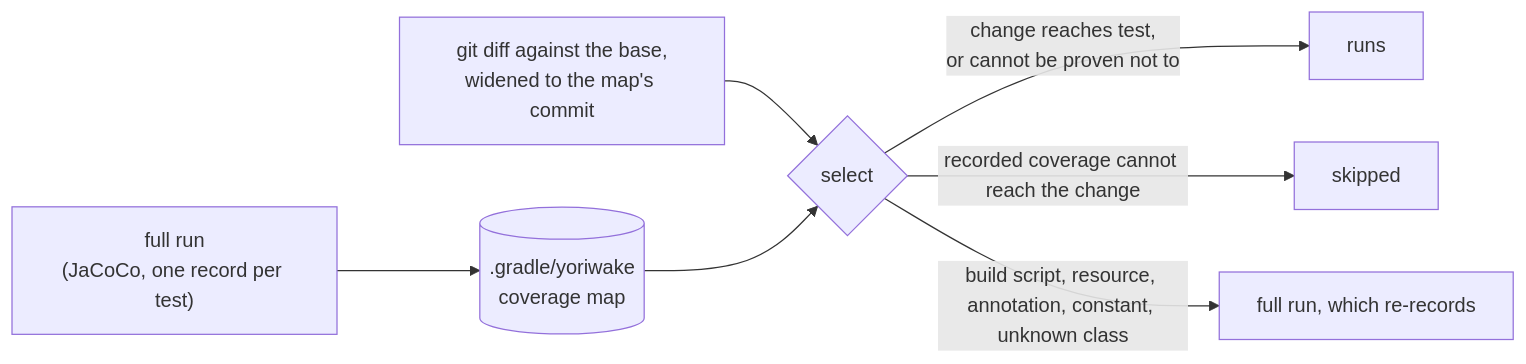
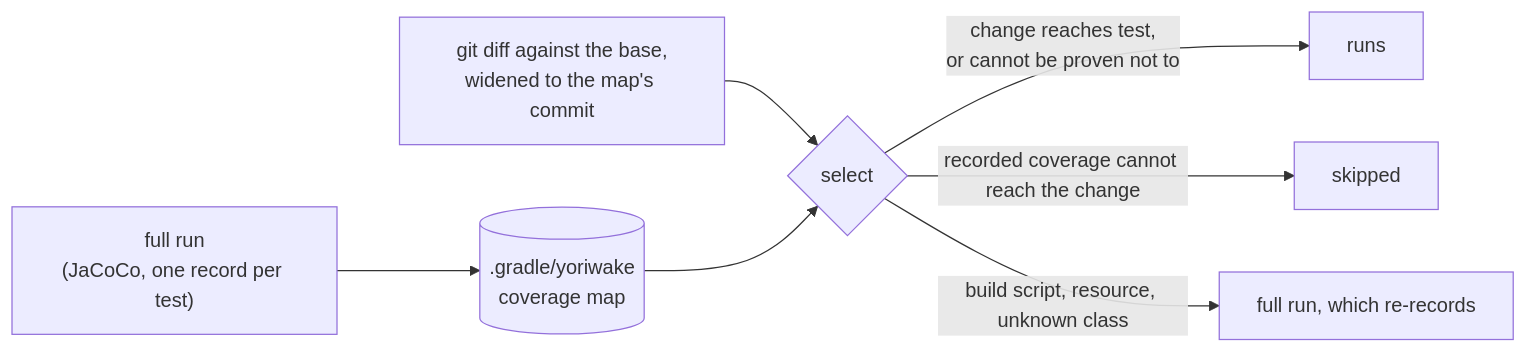
The diagram in README.md (zeuspizza/yoriwake), drawn with Mermaid before and after one commit. The commit also changed other lines of this file and 27 other files, not shown here.

````diff
--- a/README.md
+++ b/README.md
@@ -120,9 +120,9 @@
 ```mermaid
 flowchart LR
     A["full run<br>(JaCoCo, one record per test)"] --> M[(".gradle/yoriwake<br>coverage map")]
     D["git diff against the base,<br>widened to the map's commit"] --> S{"select"}
     M --> S
     S -->|"change reaches test,<br>or cannot be proven not to"| R["runs"]
     S -->|"recorded coverage cannot reach the change"| K["skipped"]
-    S -->|"build script, resource, annotation, constant, unknown class"| F["full run, which re-records"]
+    S -->|"build script, resource, unknown class"| F["full run, which re-records"]
 ```
````
